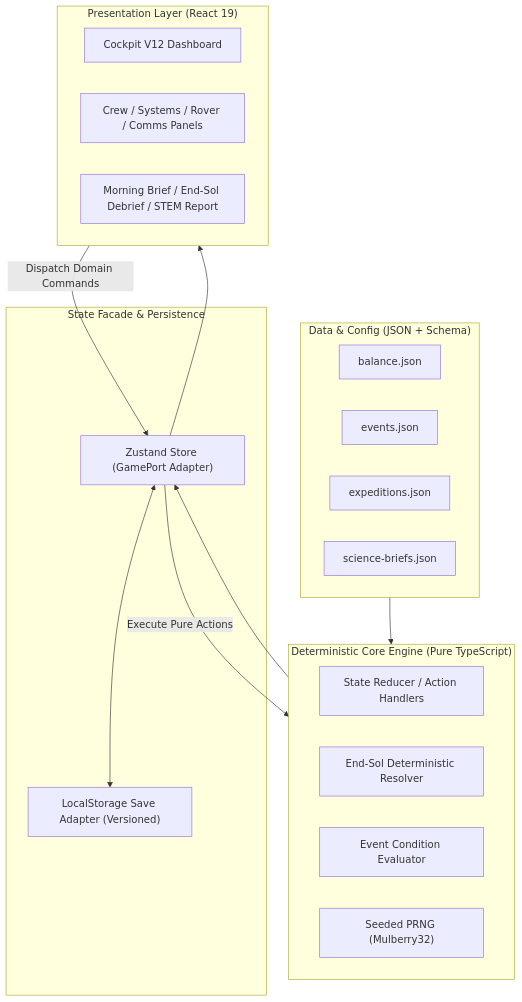
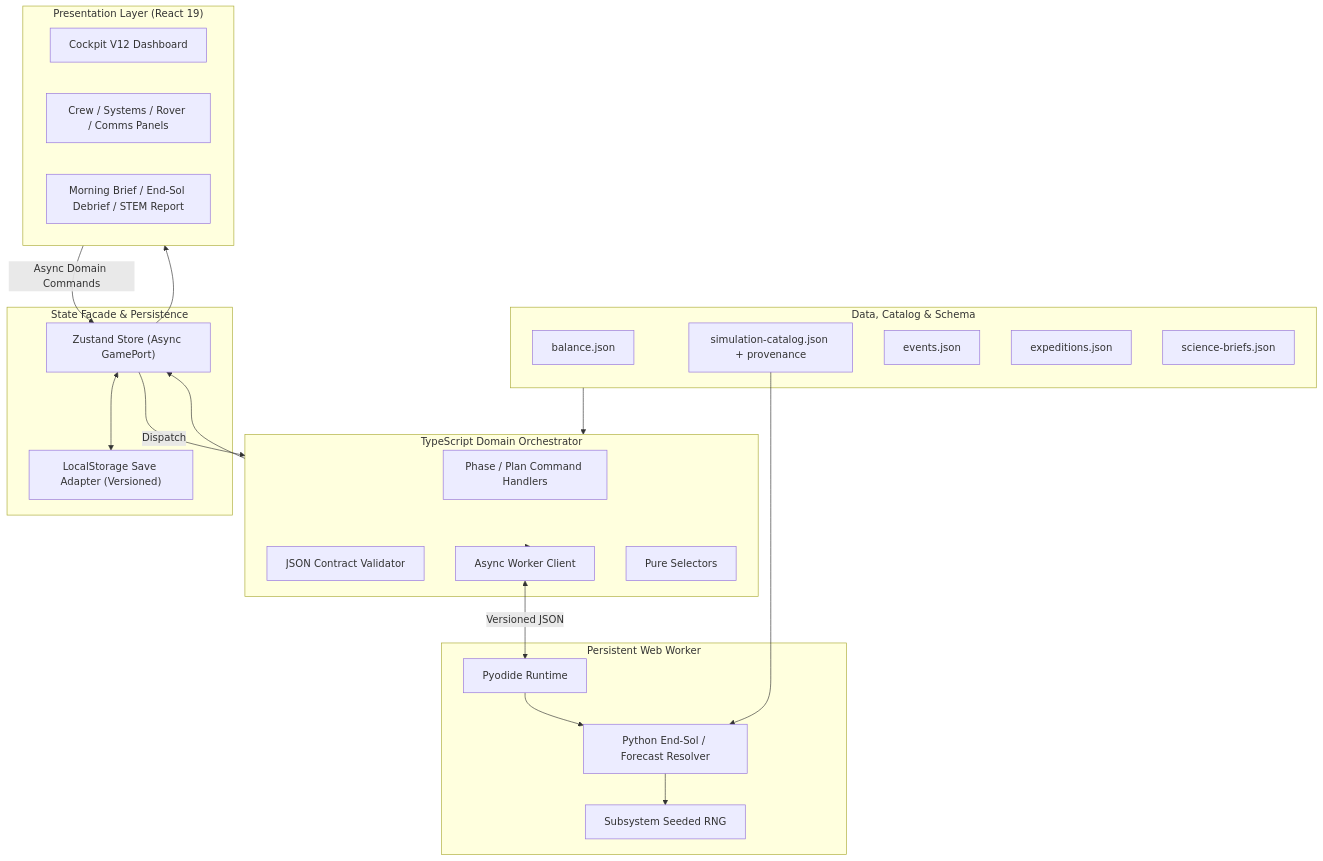
Before and after one commit to phanhuudanhkg0811-star/project-human-frontier: the diagram in docs/architecture/SYSTEM_ARCHITECTURE.md, drawn with Mermaid. The commit also changed other lines of this file and 7 other files, not shown here.

````diff
--- a/docs/architecture/SYSTEM_ARCHITECTURE.md
+++ b/docs/architecture/SYSTEM_ARCHITECTURE.md
@@ -29,34 +36,46 @@
 ```mermaid
 flowchart TD
-    subgraph DataLayer ["Data & Config (JSON + Schema)"]
+    subgraph DataLayer ["Data, Catalog & Schema"]
         BalanceJSON["balance.json"]
+        SimCatalog["simulation-catalog.json + provenance"]
         EventsJSON["events.json"]
         ExpeditionsJSON["expeditions.json"]
         ScienceJSON["science-briefs.json"]
     end
 
-    subgraph CoreEngine ["Deterministic Core Engine (Pure TypeScript)"]
-        StateReducer["State Reducer / Action Handlers"]
-        EndSolResolver["End-Sol Deterministic Resolver"]
-        EventScheduler["Event Condition Evaluator"]
-        PRNG["Seeded PRNG (Mulberry32)"]
+    subgraph Domain ["TypeScript Domain Orchestrator"]
+        StateReducer["Phase / Plan Command Handlers"]
+        ContractValidator["JSON Contract Validator"]
+        WorkerClient["Async Worker Client"]
+        Selectors["Pure Selectors"]
+    end
+
+    subgraph Simulation ["Persistent Web Worker"]
+        Pyodide["Pyodide Runtime"]
+        PythonResolver["Python End-Sol / Forecast Resolver"]
+        PRNG["Subsystem Seeded RNG"]
     end
 
     subgraph StoreLayer ["State Facade & Persistence"]
-        ZustandStore["Zustand Store (GamePort Adapter)"]
+        ZustandStore["Zustand Store (Async GamePort)"]
         SaveAdapter["LocalStorage Save Adapter (Versioned)"]
     end
 
     subgraph Presentation ["Presentation Layer (React 19)"]
         CockpitView["Cockpit V12 Dashboard"]
         Panels["Crew / Systems / Rover / Comms Panels"]
         Modals["Morning Brief / End-Sol Debrief / STEM Report"]
     end
 
-    DataLayer --> CoreEngine
-    CoreEngine --> ZustandStore
+    DataLayer --> Domain
+    SimCatalog --> PythonResolver
+    Domain --> WorkerClient
+    WorkerClient <-->|"Versioned JSON"| Pyodide
+    Pyodide --> PythonResolver
+    PythonResolver --> PRNG
+    Domain --> ZustandStore
     ZustandStore <--> SaveAdapter
     ZustandStore --> Presentation
-    Presentation --"Dispatch Domain Commands"--> ZustandStore
-    ZustandStore --"Execute Pure Actions"--> CoreEngine
+    Presentation --"Async Domain Commands"--> ZustandStore
+    ZustandStore --"Dispatch"--> Domain
 ```
````
